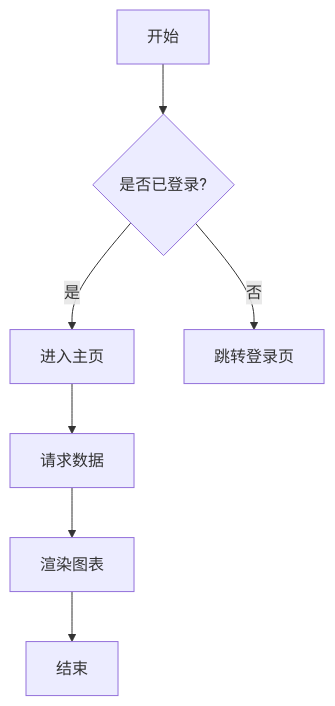
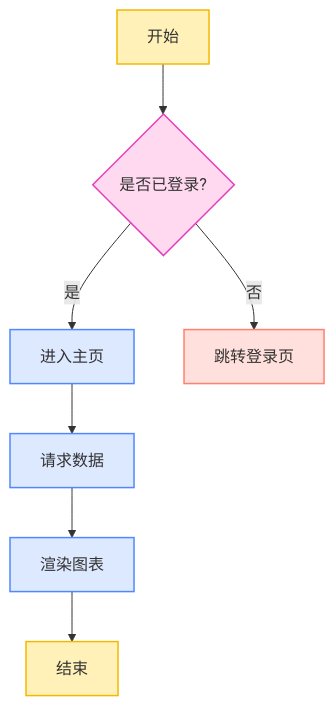
The first of 12 diagrams in test-file/mermaid_test.md (yisroelyue/orbby-md-editor), drawn with Mermaid before and after one commit. The commit also changed 15 other files, not shown here.

````diff
--- a/test-file/mermaid_test.md
+++ b/test-file/mermaid_test.md
@@ -9,9 +9,21 @@
 ```mermaid
 flowchart TD
+    classDef start fill:#FFF1B8,stroke:#F5B800,stroke-width:1.5px
+    classDef process fill:#DDE9FF,stroke:#5287FF,stroke-width:1.5px
+    classDef decision fill:#FFD9F0,stroke:#E83DB8,stroke-width:1.5px
+    classDef document fill:#FFE0DC,stroke:#FF806D,stroke-width:1.5px
+    class A,G start
+    class B decision
+    class C,E,F process
+    class D document
     A[开始] --> B{是否已登录?}
     B -- 是 --> C[进入主页]
     B -- 否 --> D[跳转登录页]
     C --> E[请求数据]
     E --> F[渲染图表]
     F --> G[结束]
+    class A,G start
+    class B decision
+    class C,E,F process
+    class D document
 ```
````
